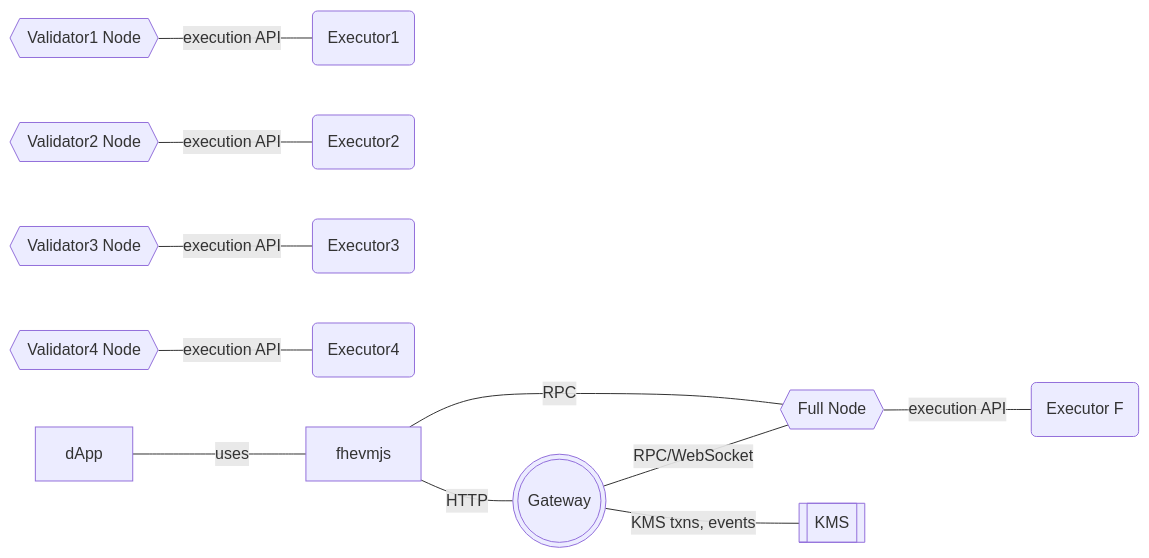
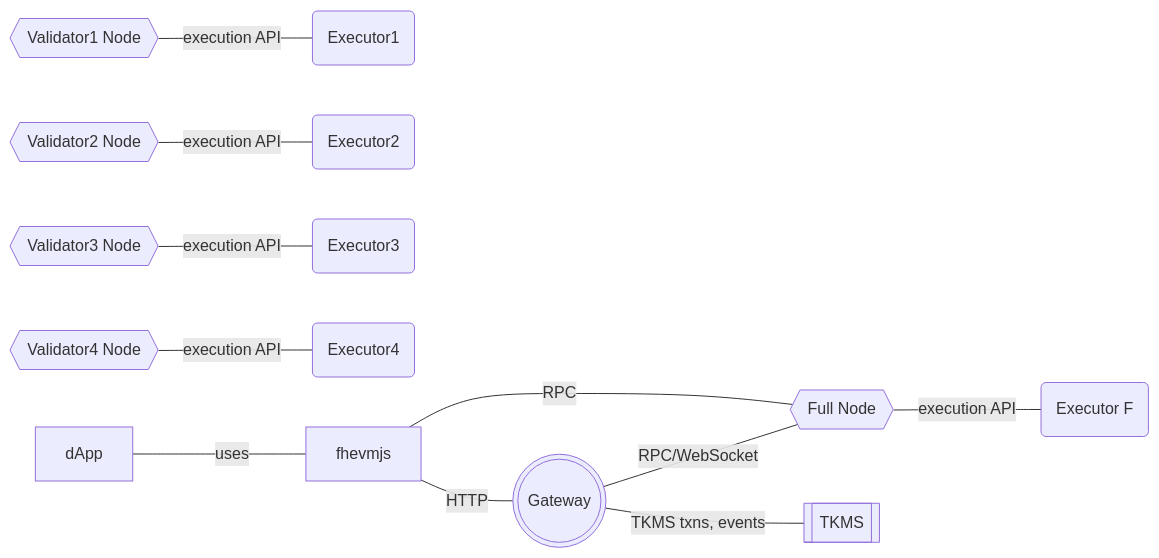
The diagram in docs/fundamentals/fhevm/architecture.md (zama-ai/fhevm-backend), drawn with Mermaid before and after one commit. The commit also changed other lines of this file and 5 other files, not shown here.

Commit message:
docs: use TKMS instead of KMS

````diff
--- a/docs/fundamentals/fhevm/architecture.md
+++ b/docs/fundamentals/fhevm/architecture.md
@@ -5,33 +5,33 @@
 ```mermaid
 graph LR;
     Validator1{{Validator1 Node}}
     Validator1-- execution API ---Executor1
     Executor1(Executor1)
 
     Validator2{{Validator2 Node}}
     Validator2-- execution API ---Executor2
     Executor2(Executor2)
 
     Validator3{{Validator3 Node}}
     Validator3-- execution API ---Executor3
     Executor3(Executor3)
 
     Validator4{{Validator4 Node}}
     Validator4-- execution API ---Executor4
     Executor4(Executor4)
 
     FullNode{{Full Node}}
     FullNode-- execution API ---ExecutorFull
     ExecutorFull(Executor F)
 
     dApp[dApp]
     fhevmjs[fhevmjs]
     dApp-- uses ---fhevmjs
     fhevmjs-- HTTP ---Gateway
     fhevmjs-- RPC ---FullNode
 
     Gateway(((Gateway)))
-    Gateway-- KMS txns, events ---KMS
+    Gateway-- TKMS txns, events ---TKMS
     Gateway-- RPC/WebSocket ---FullNode
-    KMS[[KMS]]
+    TKMS[[TKMS]]
 ```
````
